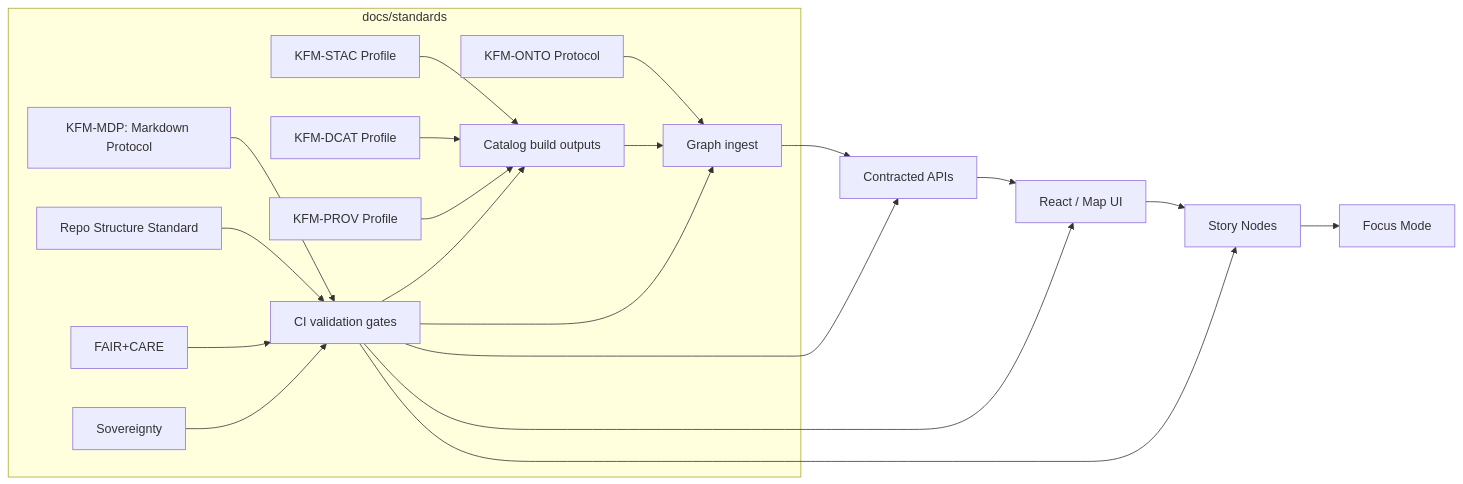
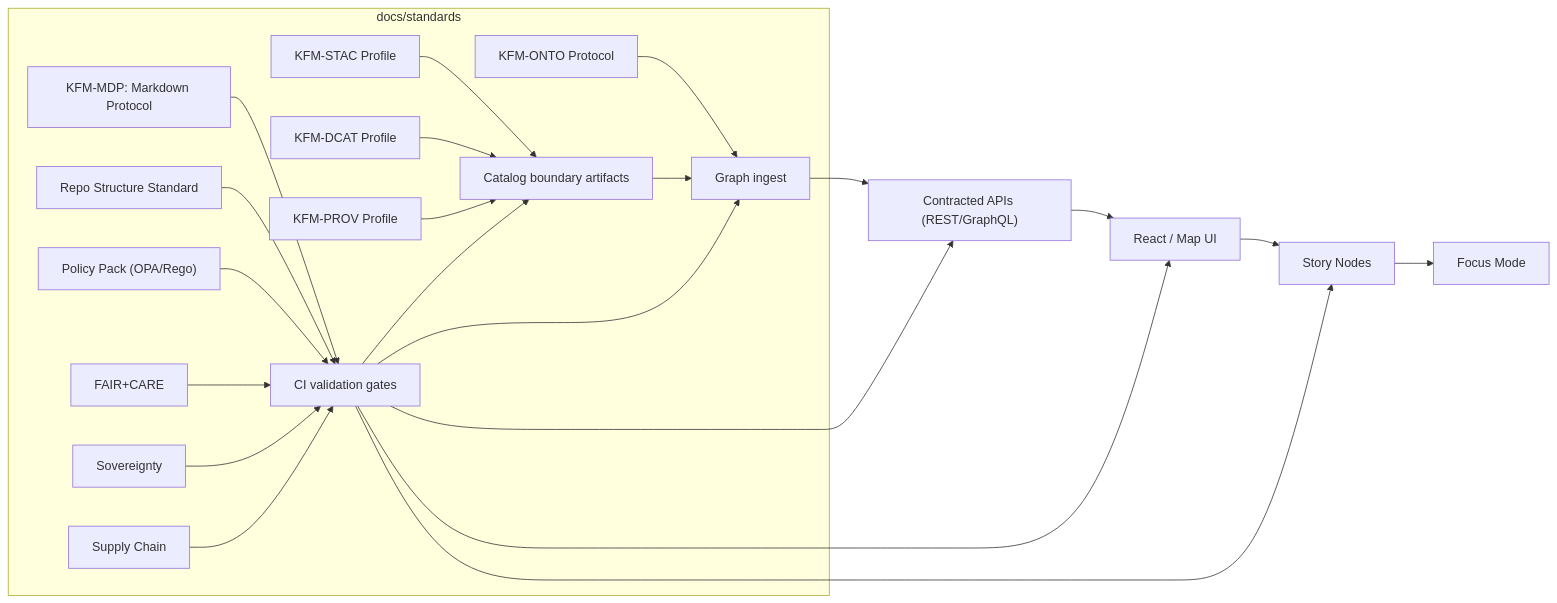
Before and after one commit to bartytime4life/Kansas-Frontier-Matrix: the diagram in docs/standards/README.md, drawn with Mermaid. The commit also changed other lines of this file, not shown here.

````diff
--- a/docs/standards/README.md
+++ b/docs/standards/README.md
@@ -194,20 +606,22 @@
-~~~mermaid
+```mermaid
 flowchart LR
   subgraph S["docs/standards"]
     MDP["KFM-MDP: Markdown Protocol"] --> CI["CI validation gates"]
     RS["Repo Structure Standard"] --> CI
-    STAC["KFM-STAC Profile"] --> CAT["Catalog build outputs"]
+    POL["Policy Pack (OPA/Rego)"] --> CI
+    STAC["KFM-STAC Profile"] --> CAT["Catalog boundary artifacts"]
     DCAT["KFM-DCAT Profile"] --> CAT
     PROV["KFM-PROV Profile"] --> CAT
     ONTO["KFM-ONTO Protocol"] --> G["Graph ingest"]
     FAIR["FAIR+CARE"] --> CI
     SOV["Sovereignty"] --> CI
+    SUP["Supply Chain"] --> CI
   end
 
-  CAT --> G --> API["Contracted APIs"] --> UI["React / Map UI"] --> STORY["Story Nodes"] --> FOCUS["Focus Mode"]
+  CAT --> G --> API["Contracted APIs (REST/GraphQL)"] --> UI["React / Map UI"] --> STORY["Story Nodes"] --> FOCUS["Focus Mode"]
   CI --> CAT
   CI --> G
   CI --> API
   CI --> UI
   CI --> STORY
-~~~
+```
````
